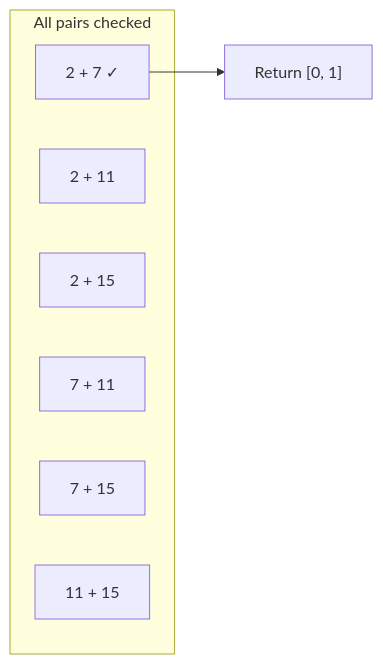
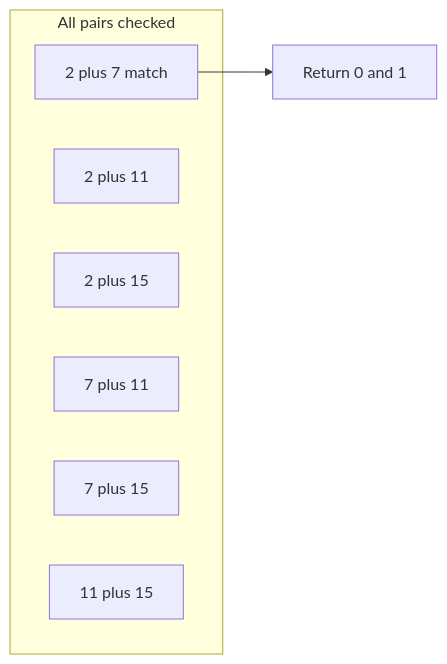
The first of 4 diagrams in python/arrays/two_sum/README.md (Patel7120/dsa-journal), drawn with Mermaid before and after one commit. The commit also changed other lines of this file and 1 other file, not shown here.

````diff
--- a/python/arrays/two_sum/README.md
+++ b/python/arrays/two_sum/README.md
@@ -47,12 +47,12 @@
 ```mermaid
 flowchart LR
     subgraph pairs["All pairs checked"]
-        A["2 + 7 ✓"]
-        B["2 + 11"]
-        C["2 + 15"]
-        D["7 + 11"]
-        E["7 + 15"]
-        F["11 + 15"]
+        A["2 plus 7 match"]
+        B["2 plus 11"]
+        C["2 plus 15"]
+        D["7 plus 11"]
+        E["7 plus 15"]
+        F["11 plus 15"]
     end
-    A --> R["Return [0, 1]"]
+    A --> R["Return 0 and 1"]
 ```
````
